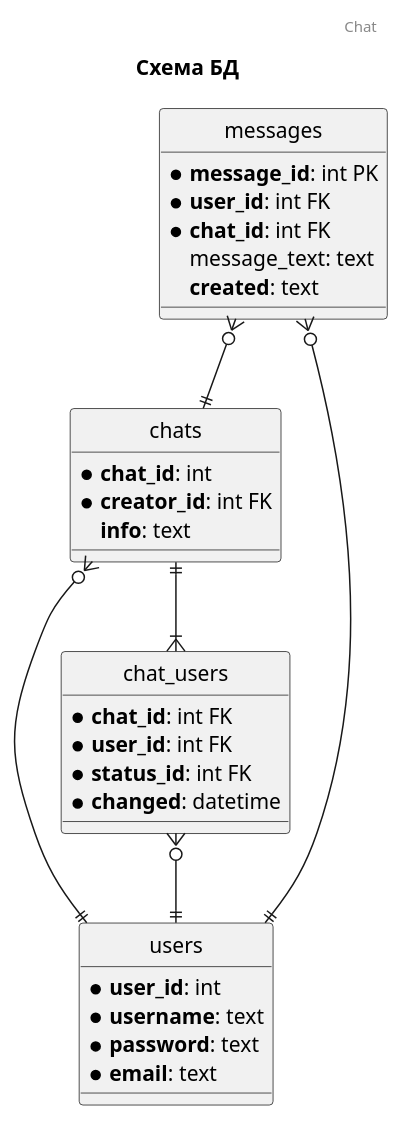
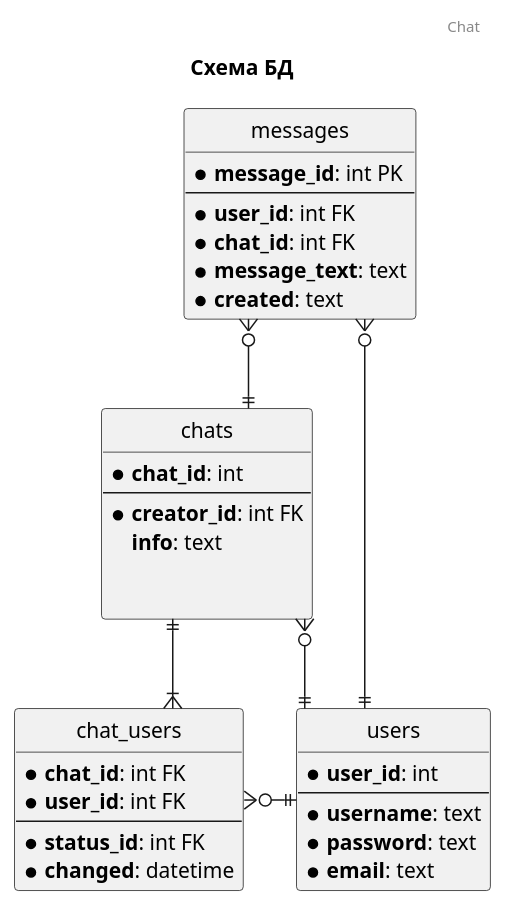
Before and after one commit to Rinsarz/module_1_project: the diagram in docs/db_scheme.puml, drawn with PlantUML. The commit also changed 8 other files, not shown here.

```diff
--- a/docs/db_scheme.puml
+++ b/docs/db_scheme.puml
@@ -1,49 +1,53 @@
 @startuml
 
 header Chat
 title Схема БД
 
 hide circle
-'skinparam linetype ortho
+skinparam linetype ortho
 
 
 
 
 entity chats{
     * **chat_id**: int
+    --
     * **creator_id**: int FK
     **info**: text
 
 
 }
 
 entity users{
     * **user_id**: int
+    --
     * **username**: text
     * **password**: text
     * **email**: text
 }
 
 entity chat_users{
     * **chat_id**: int FK
     * **user_id**: int FK
+    --
     * **status_id**: int FK
     * **changed**: datetime
 }
 
 entity messages{
     * **message_id**: int PK
+    --
     * **user_id**: int FK
     * **chat_id**: int FK
-    message_text: text
-    **created**: text
+    * **message_text**: text
+    * **created**: text
 }
 
 
 chats }o--|| users
-messages }o--|| users
-chat_users }o--|| users
-chats ||--|{ chat_users
+messages }o-|| users
+chat_users }o-|| users
+chats ||-|{ chat_users
 messages }o--||chats
 
 @enduml
```
